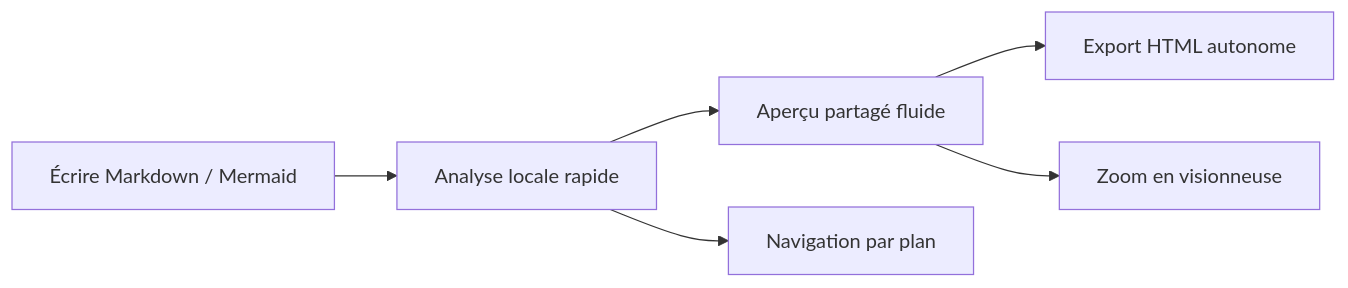
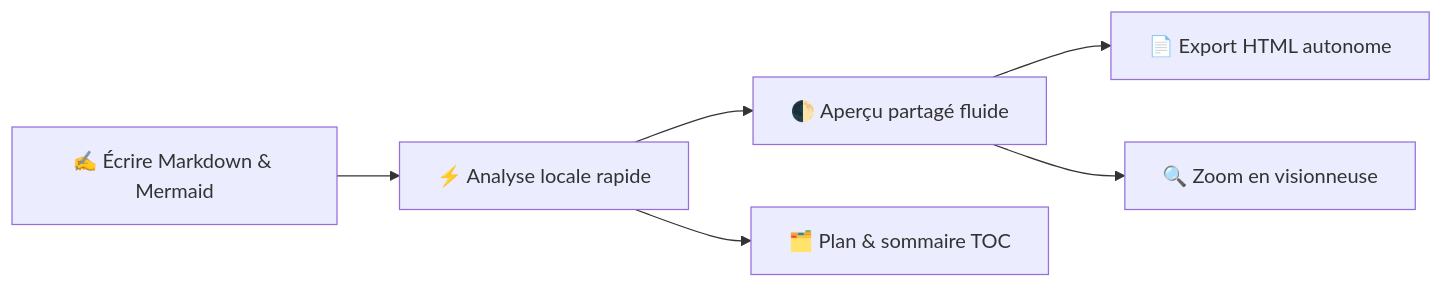
The diagram in crates/zmark_app/assets/welcome/fr.md (2716190547/zmark), drawn with Mermaid before and after one commit. The commit also changed other lines of this file and 32 other files, not shown here.

````diff
--- a/crates/zmark_app/assets/welcome/fr.md
+++ b/crates/zmark_app/assets/welcome/fr.md
@@ -72,8 +84,8 @@
 ```mermaid
 flowchart LR
-    Write["Écrire Markdown / Mermaid"] --> Parse["Analyse locale rapide"]
-    Parse --> Split["Aperçu partagé fluide"]
-    Parse --> Outline["Navigation par plan"]
-    Split --> Export["Export HTML autonome"]
-    Split --> Lightbox["Zoom en visionneuse"]
+    Write["✍️ Écrire Markdown & Mermaid"] --> Parse["⚡️ Analyse locale rapide"]
+    Parse --> Split["🌓 Aperçu partagé fluide"]
+    Parse --> Outline["🗂️ Plan & sommaire TOC"]
+    Split --> Export["📄 Export HTML autonome"]
+    Split --> Lightbox["🔍 Zoom en visionneuse"]
 ```
````
